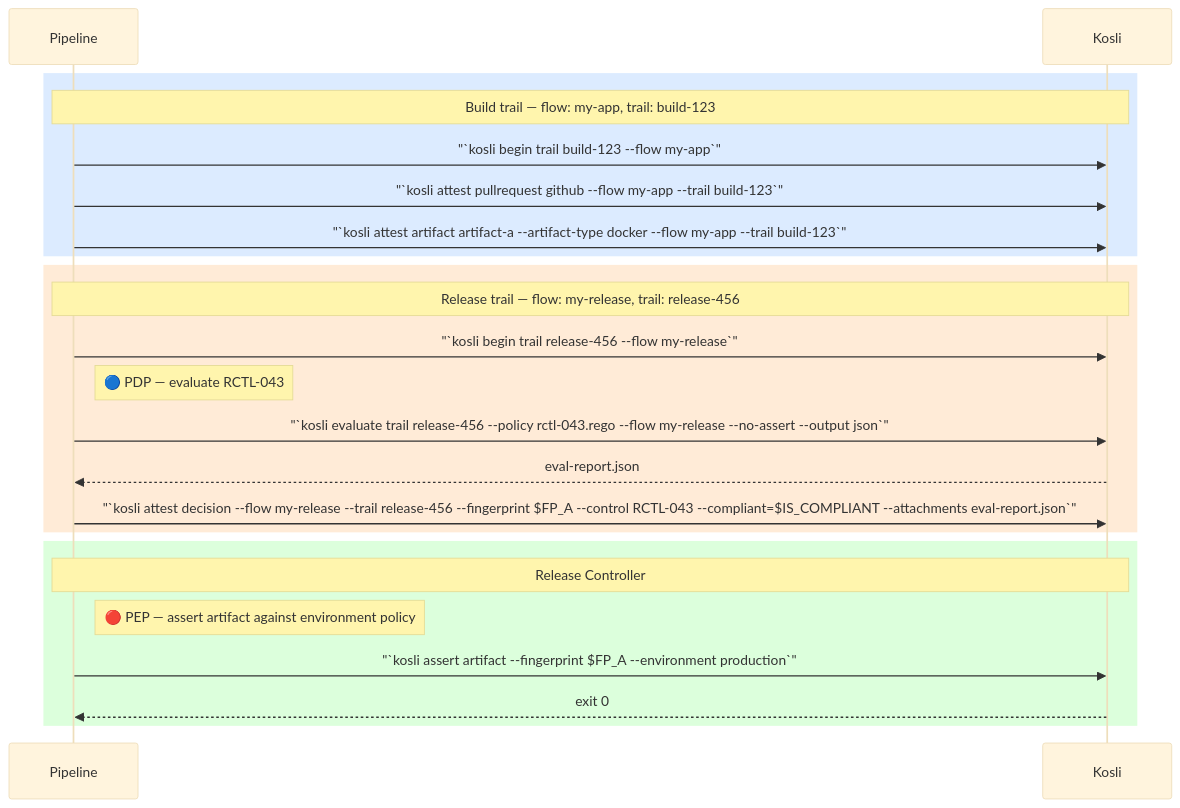
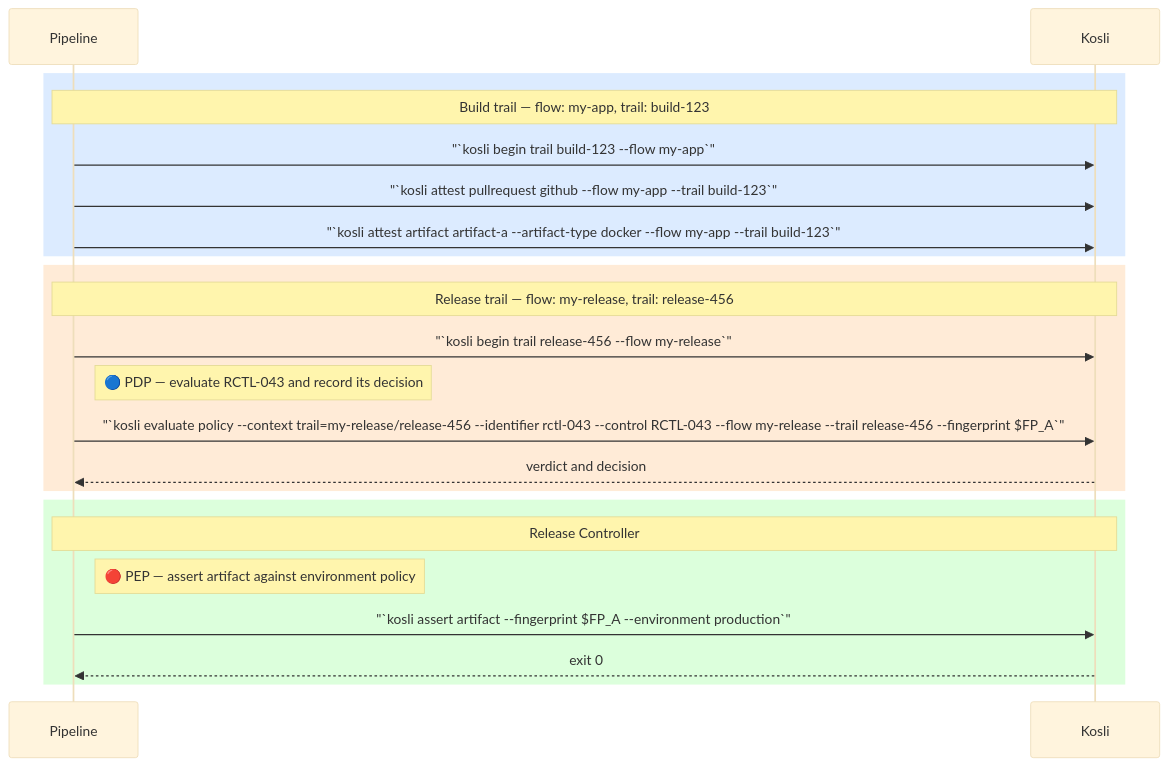
The diagram in tutorials/working_with_controls.mdx (kosli-dev/docs), drawn with Mermaid (base theme) before and after one commit. The commit also changed other lines of this file and 2 other files, not shown here.

````diff
--- a/tutorials/working_with_controls.mdx
+++ b/tutorials/working_with_controls.mdx
@@ -216,32 +174,31 @@
 ```mermaid
 sequenceDiagram
     participant P as Pipeline
     participant K as Kosli
 
     rect rgb(220,235,255)
         Note over P,K: Build trail — flow: my-app, trail: build-123
 
         P->>K: "`kosli begin trail build-123 --flow my-app`"
         P->>K: "`kosli attest pullrequest github --flow my-app --trail build-123`"
         P->>K: "`kosli attest artifact artifact-a --artifact-type docker --flow my-app --trail build-123`"
     end
 
     rect rgb(255,235,215)
         Note over P,K: Release trail — flow: my-release, trail: release-456
 
         P->>K: "`kosli begin trail release-456 --flow my-release`"
 
-        Note right of P: 🔵 PDP — evaluate RCTL-043
-        P->>K: "`kosli evaluate trail release-456 --policy rctl-043.rego --flow my-release --no-assert --output json`"
-        K-->>P: eval-report.json
-        P->>K: "`kosli attest decision --flow my-release --trail release-456 --fingerprint $FP_A --control RCTL-043 --compliant=$IS_COMPLIANT --attachments eval-report.json`"
+        Note right of P: 🔵 PDP — evaluate RCTL-043 and record its decision
+        P->>K: "`kosli evaluate policy --context trail=my-release/release-456 --identifier rctl-043 --control RCTL-043 --flow my-release --trail release-456 --fingerprint $FP_A`"
+        K-->>P: verdict and decision
     end
 
     rect rgb(220,255,220)
         Note over P,K: Release Controller
 
         Note right of P: 🔴 PEP — assert artifact against environment policy
         P->>K: "`kosli assert artifact --fingerprint $FP_A --environment production`"
         K-->>P: exit 0
     end
 ```
````
